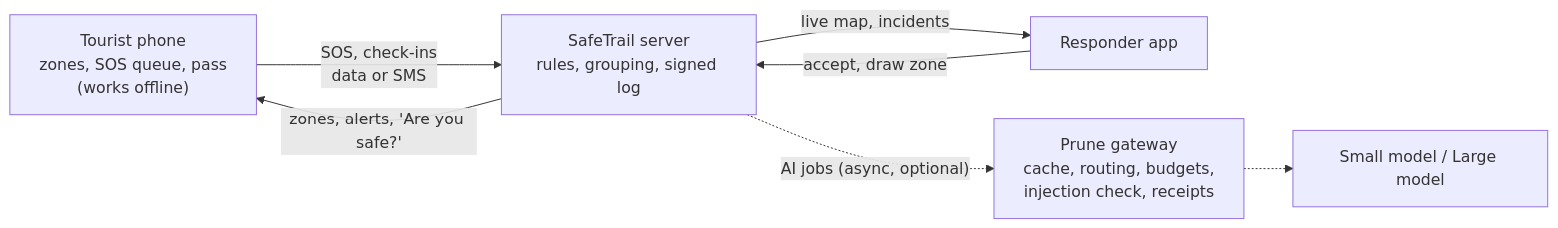
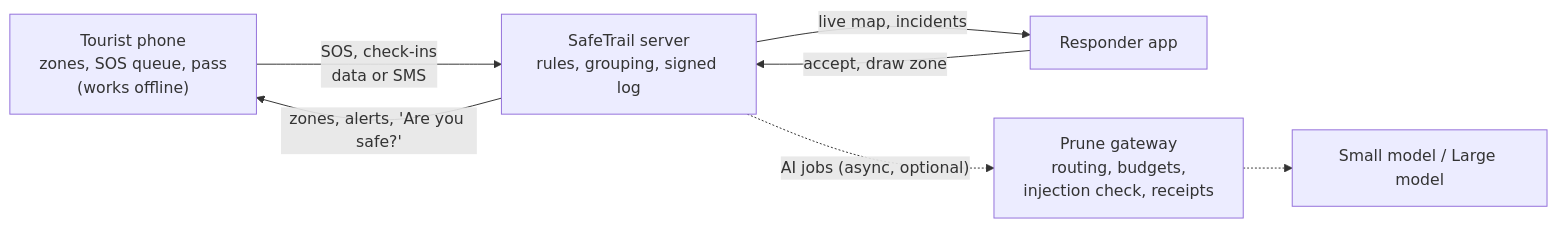
One commit to gaurvit06/Safetrail changed the diagram in docs/EXPLAINER.md. Above: the diagram before and after it, drawn with Mermaid. The commit also changed other lines of this file and 17 other files, not shown here.

````diff
--- a/docs/EXPLAINER.md
+++ b/docs/EXPLAINER.md
@@ -18,9 +18,9 @@
 ```mermaid
 flowchart LR
   P["Tourist phone<br/>zones, SOS queue, pass<br/>(works offline)"] -- "SOS, check-ins<br/>data or SMS" --> S["SafeTrail server<br/>rules, grouping, signed log"]
   S -- "zones, alerts, 'Are you safe?'" --> P
   S -- "live map, incidents" --> R["Responder app"]
   R -- "accept, draw zone" --> S
-  S -. "AI jobs (async, optional)" .-> PR["Prune gateway<br/>cache, routing, budgets,<br/>injection check, receipts"]
+  S -. "AI jobs (async, optional)" .-> PR["Prune gateway<br/>routing, budgets,<br/>injection check, receipts"]
   PR -.-> M["Small model / Large model"]
 ```
````
